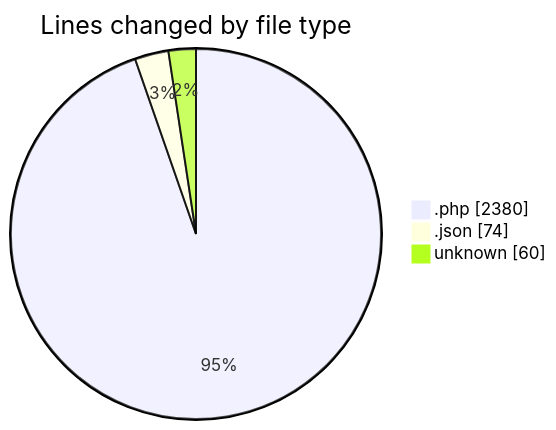
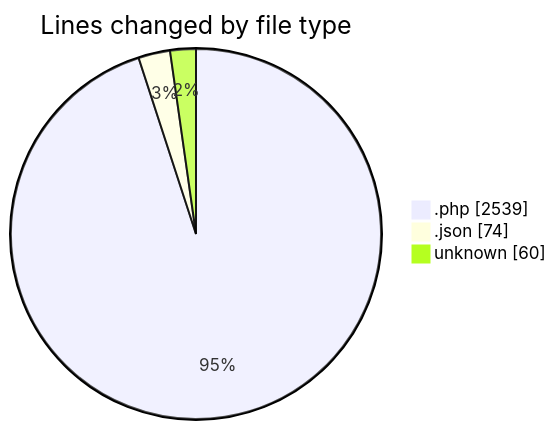
Before and after one commit to lephambinh05/code-tracking: the first of 2 diagrams in 2025-08-19/quytuthien_vn/README.md, drawn with Mermaid. The commit also changed other lines of this file and 1 other file, not shown here.

````diff
--- a/2025-08-19/quytuthien_vn/README.md
+++ b/2025-08-19/quytuthien_vn/README.md
@@ -82,7 +86,7 @@
 ```mermaid
 pie showData
 title Lines changed by file type
-".php" : 2380
+".php" : 2539
 ".json" : 74
 "unknown" : 60
 ```
````
